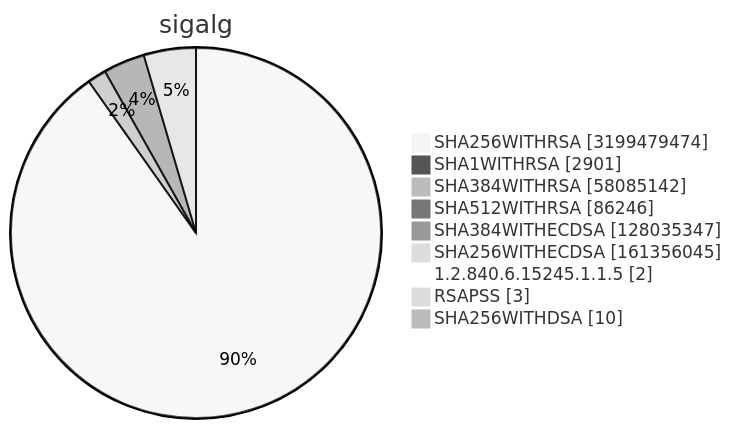
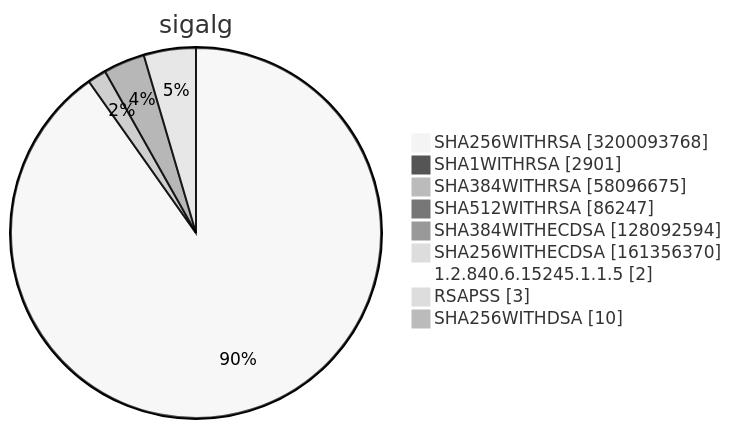
Before and after one commit to christiankrug/ctmonitor_visualization: diagram 15 of 15 in TOTAL/README.md, drawn with Mermaid (neutral theme). The commit also changed other lines of this file, not shown here.

````diff
--- a/TOTAL/README.md
+++ b/TOTAL/README.md
@@ -6216,13 +6216,13 @@
 ```mermaid
 pie showData
 title sigalg
-"SHA256WITHRSA" :3199479474
+"SHA256WITHRSA" :3200093768
 "SHA1WITHRSA" :2901
-"SHA384WITHRSA" :58085142
-"SHA512WITHRSA" :86246
-"SHA384WITHECDSA" :128035347
-"SHA256WITHECDSA" :161356045
+"SHA384WITHRSA" :58096675
+"SHA512WITHRSA" :86247
+"SHA384WITHECDSA" :128092594
+"SHA256WITHECDSA" :161356370
 "1.2.840.6.15245.1.1.5" :2
 "RSAPSS" :3
 "SHA256WITHDSA" :10
 ```
````
